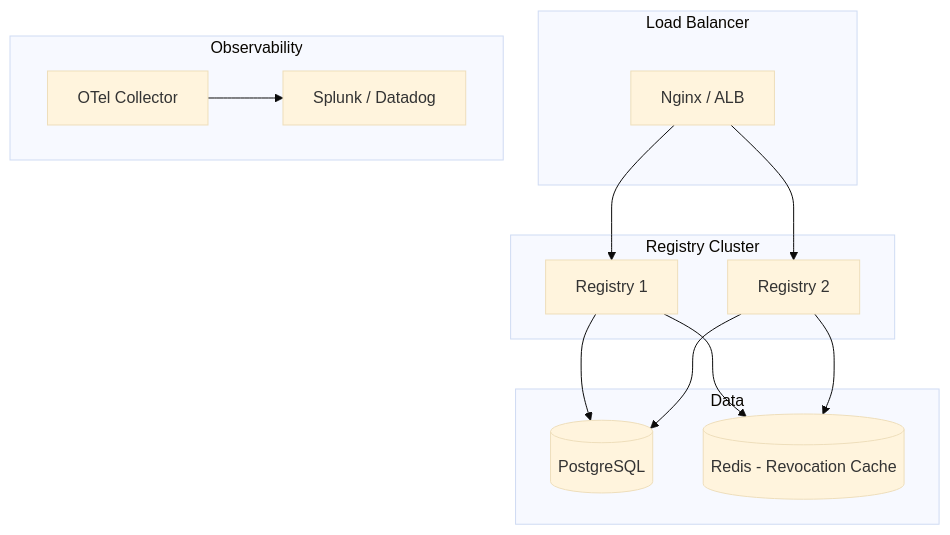
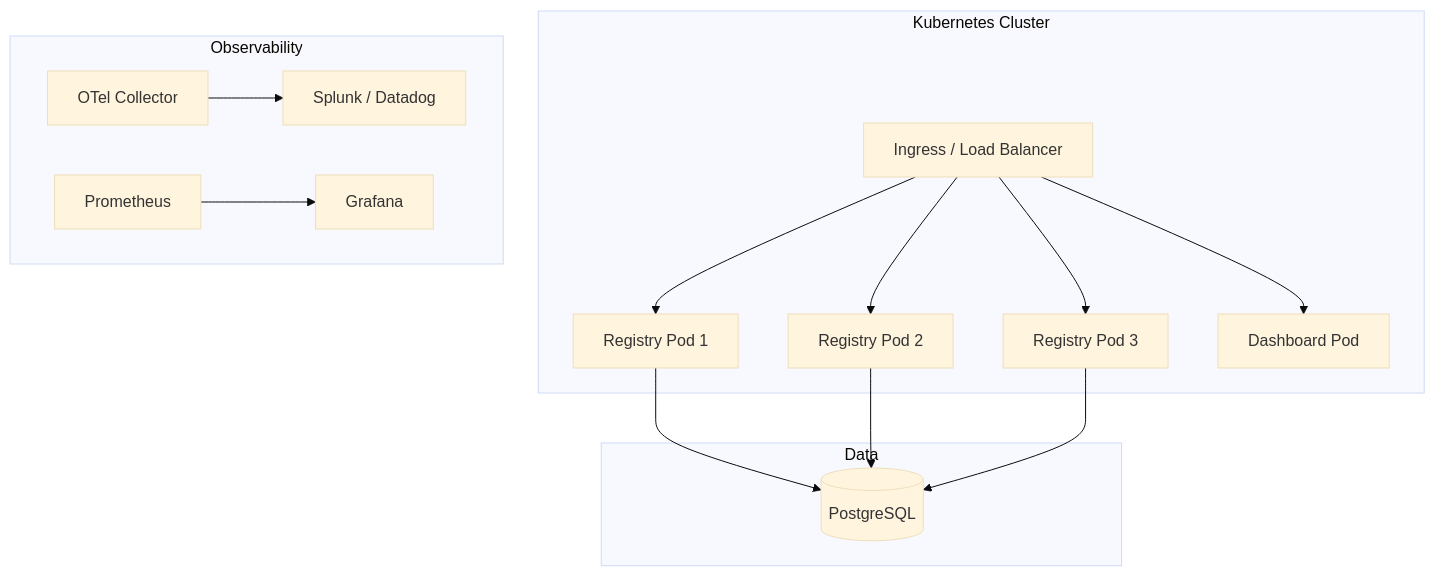
Before and after one commit to saichandrasekhar/Eigent: the sixth of 6 diagrams in mkdocs-docs/architecture/system-design.md, drawn with Mermaid (base theme). The commit also changed other lines of this file and 13 other files, not shown here.

````diff
--- a/mkdocs-docs/architecture/system-design.md
+++ b/mkdocs-docs/architecture/system-design.md
@@ -307,29 +397,31 @@
 ```mermaid
 graph TB
-    subgraph "Load Balancer"
-        LB[Nginx / ALB]
-    end
-
-    subgraph "Registry Cluster"
-        R1[Registry 1]
-        R2[Registry 2]
+    subgraph "Kubernetes Cluster"
+        LB[Ingress / Load Balancer]
+        R1[Registry Pod 1]
+        R2[Registry Pod 2]
+        R3[Registry Pod 3]
+        Dash[Dashboard Pod]
     end
 
     subgraph "Data"
         DB[(PostgreSQL)]
-        Redis[(Redis - Revocation Cache)]
     end
 
     subgraph "Observability"
         OTel[OTel Collector]
         SIEM[Splunk / Datadog]
+        Prom[Prometheus]
+        Grafana[Grafana]
     end
 
     LB --> R1
     LB --> R2
+    LB --> R3
+    LB --> Dash
     R1 --> DB
     R2 --> DB
-    R1 --> Redis
-    R2 --> Redis
+    R3 --> DB
     OTel --> SIEM
+    Prom --> Grafana
 ```
````
